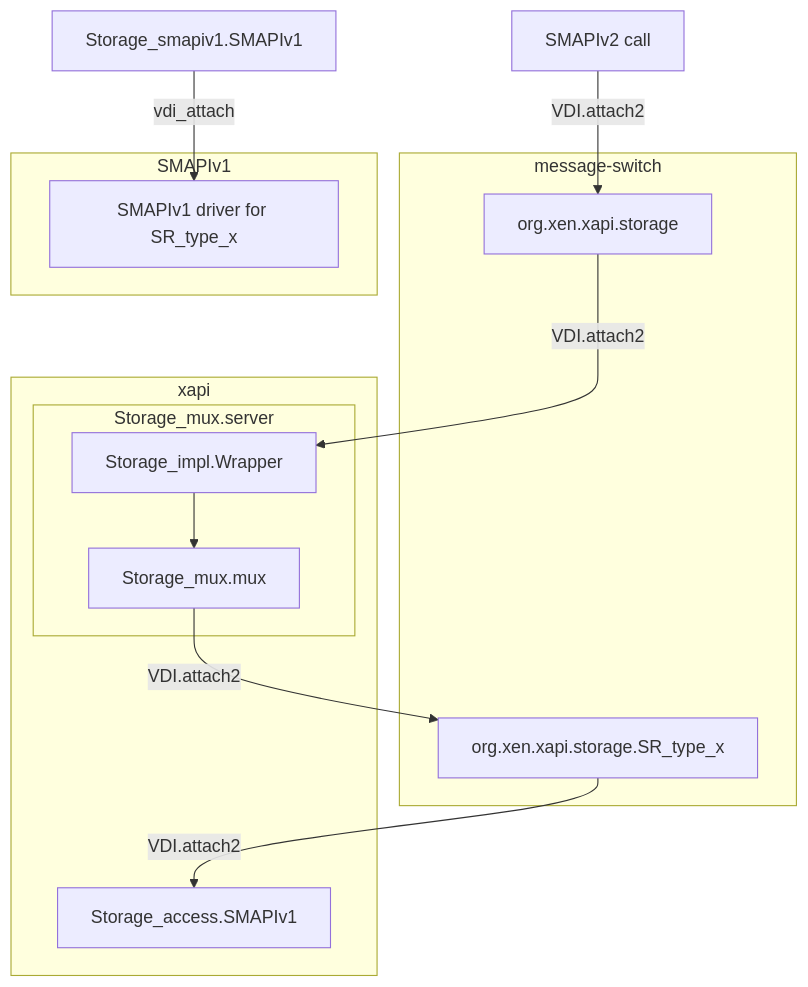
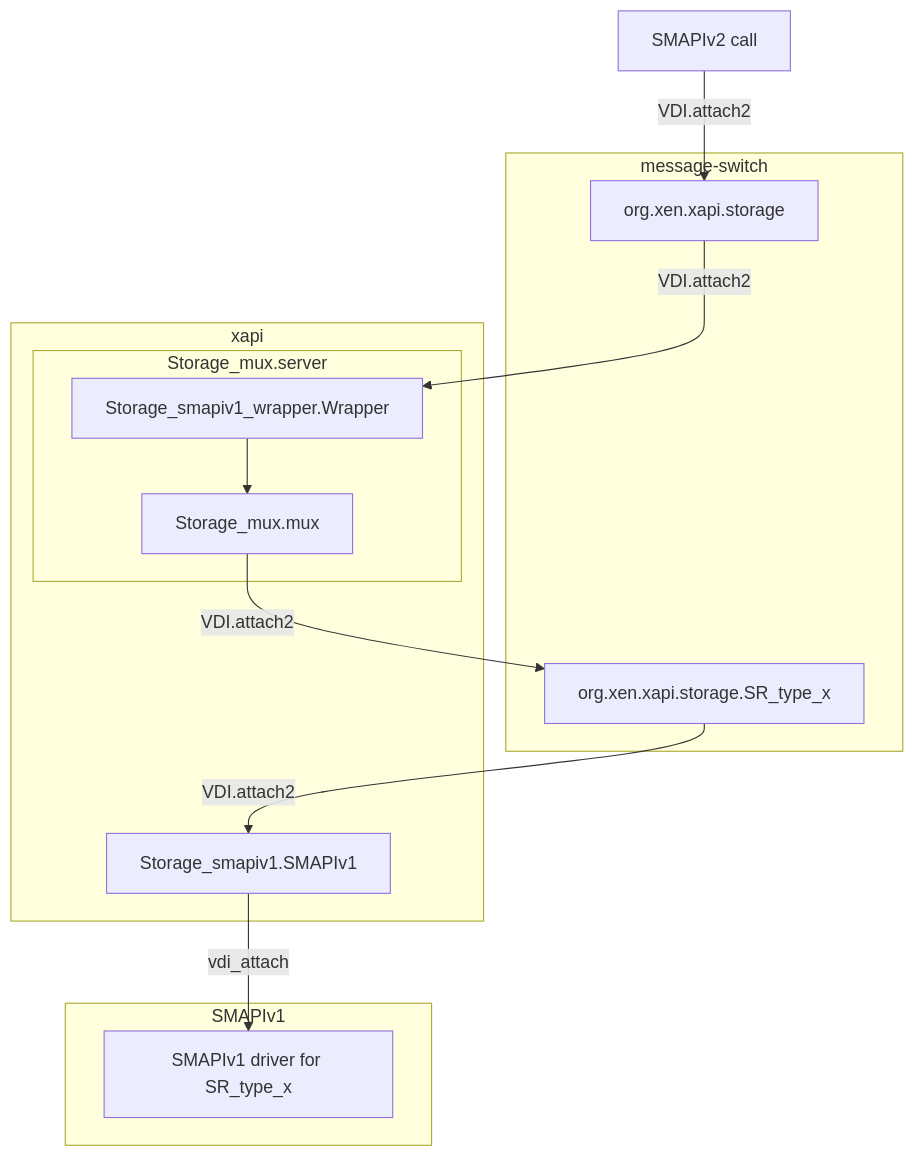
One commit to xapi-project/xen-api changed the third of 5 diagrams in doc/content/xapi/storage/_index.md. Above: the diagram before and after it, drawn with Mermaid. The commit also changed other lines of this file, not shown here.

First line of the commit message:
doc: xapi storage layer update to latest code

````diff
--- a/doc/content/xapi/storage/_index.md
+++ b/doc/content/xapi/storage/_index.md
@@ -139,28 +143,28 @@
 ```mermaid
 graph TD
 
 call[SMAPIv2 call] --VDI.attach2--> org.xen.xapi.storage
 
 subgraph message-switch
 org.xen.xapi.storage
 org.xen.xapi.storage.SR_type_x
 end
 
-org.xen.xapi.storage --VDI.attach2--> Storage_impl.Wrapper
+org.xen.xapi.storage --VDI.attach2--> Storage_smapiv1_wrapper.Wrapper
 
 subgraph xapi
 subgraph Storage_mux.server
-Storage_impl.Wrapper --> Storage_mux.mux
+Storage_smapiv1_wrapper.Wrapper --> Storage_mux.mux
 end
-Storage_access.SMAPIv1
+Storage_smapiv1.SMAPIv1
 end
 
 Storage_mux.mux --VDI.attach2--> org.xen.xapi.storage.SR_type_x
-org.xen.xapi.storage.SR_type_x --VDI.attach2--> Storage_access.SMAPIv1
+org.xen.xapi.storage.SR_type_x --VDI.attach2--> Storage_smapiv1.SMAPIv1
 
 subgraph SMAPIv1
 driver_x[SMAPIv1 driver for SR_type_x]
 end
 
 Storage_smapiv1.SMAPIv1 --vdi_attach--> driver_x
 ```
````
